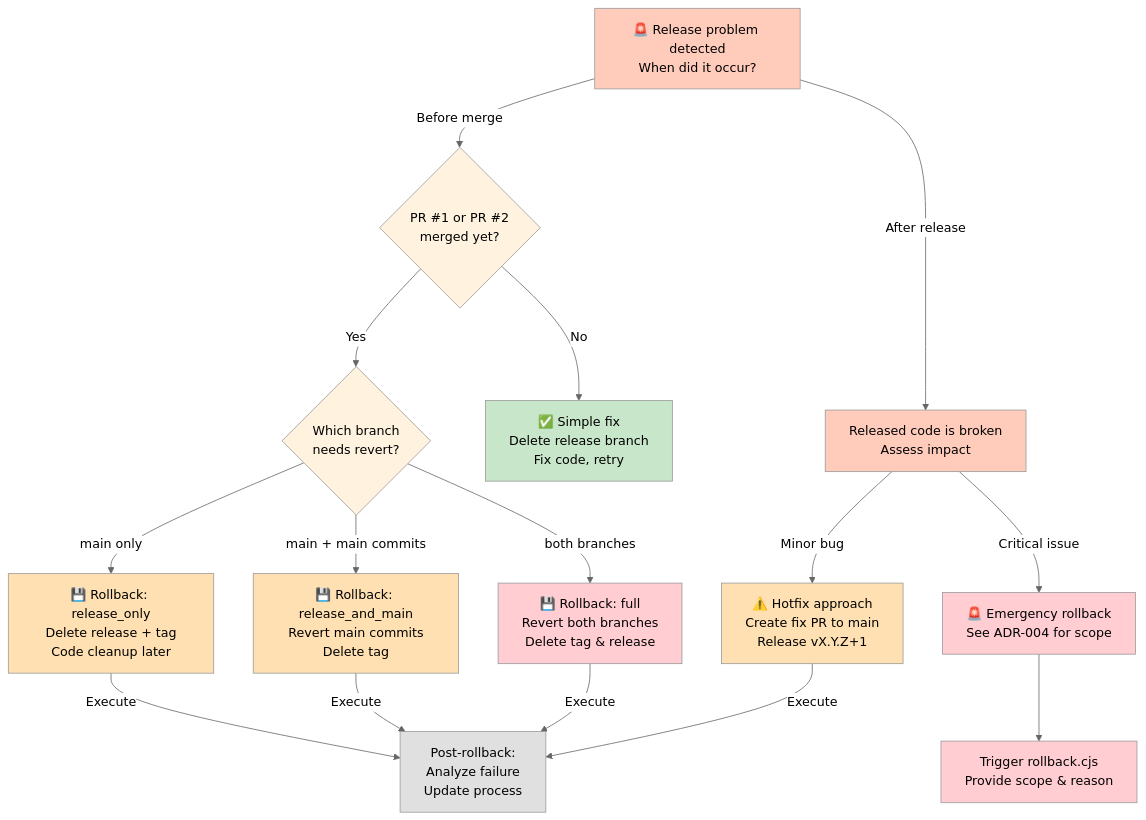
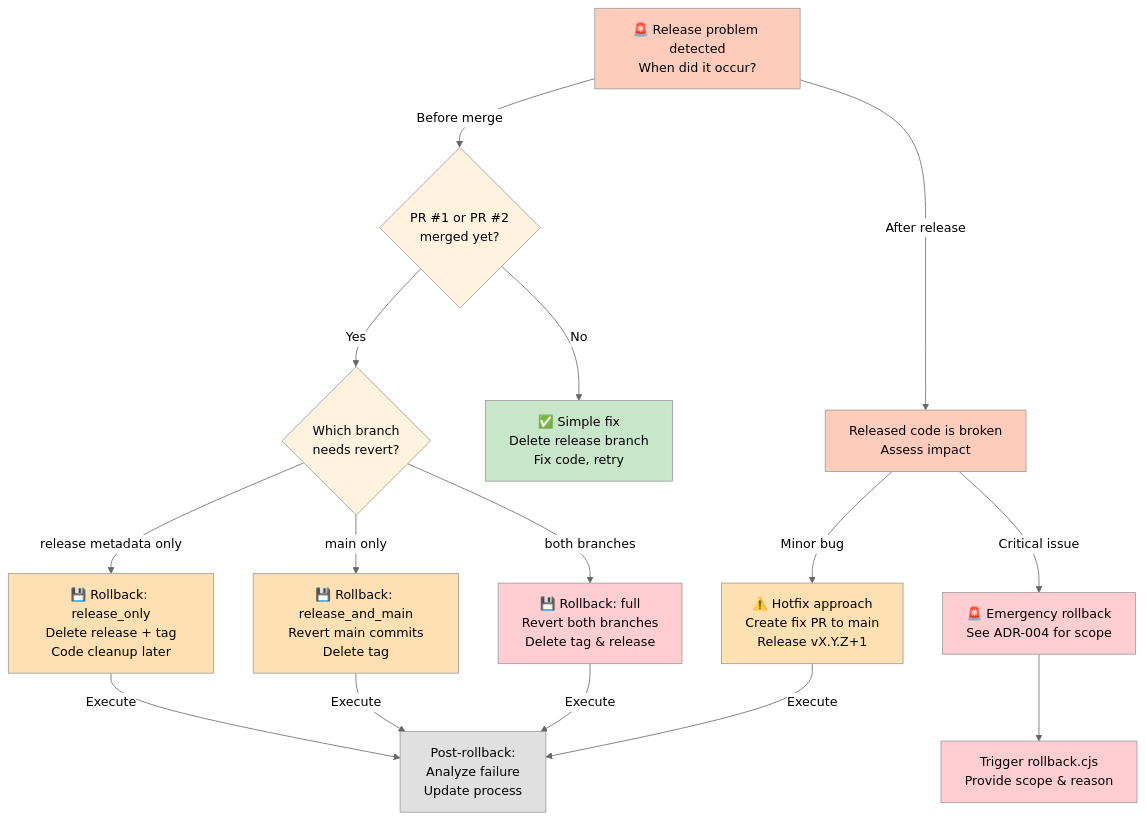
The fourth of 4 diagrams in docs/RELEASE_PROCESS.md (lightspeedwp/.github), drawn with Mermaid (neutral theme) before and after one commit. The commit also changed 4 other files, not shown here.

First line of the commit message:
fix: Address CodeRabbit review feedback — UK spelling, link paths, diagram labels

````diff
--- a/docs/RELEASE_PROCESS.md
+++ b/docs/RELEASE_PROCESS.md
@@ -357,30 +357,30 @@
 ```mermaid
 graph TD
     A["🚨 Release problem detected<br/>When did it occur?"] -->|Before merge| B{PR #1 or PR #2<br/>merged yet?}
     A -->|After release| C["Released code is broken<br/>Assess impact"]
     B -->|No| D["✅ Simple fix<br/>Delete release branch<br/>Fix code, retry"]
     B -->|Yes| E{Which branch<br/>needs revert?}
-    E -->|"main only"| F["💾 Rollback: release_only<br/>Delete release + tag<br/>Code cleanup later"]
-    E -->|"main + main commits"| G["💾 Rollback: release_and_main<br/>Revert main commits<br/>Delete tag"]
+    E -->|"release metadata only"| F["💾 Rollback: release_only<br/>Delete release + tag<br/>Code cleanup later"]
+    E -->|"main only"| G["💾 Rollback: release_and_main<br/>Revert main commits<br/>Delete tag"]
     E -->|"both branches"| H["💾 Rollback: full<br/>Revert both branches<br/>Delete tag & release"]
     C -->|"Minor bug"| I["⚠️ Hotfix approach<br/>Create fix PR to main<br/>Release vX.Y.Z+1"]
     C -->|"Critical issue"| J["🚨 Emergency rollback<br/>See ADR-004 for scope"]
     J --> K["Trigger rollback.cjs<br/>Provide scope & reason"]
     F -->|Execute| L["Post-rollback:<br/>Analyze failure<br/>Update process"]
     G -->|Execute| L
     H -->|Execute| L
     I -->|Execute| L
     
     style A fill:#ffccbc
     style B fill:#fff3e0
     style C fill:#ffccbc
     style D fill:#c8e6c9
     style E fill:#fff3e0
     style F fill:#ffe0b2
     style G fill:#ffe0b2
     style H fill:#ffcdd2
     style I fill:#ffe0b2
     style J fill:#ffcdd2
     style K fill:#ffcdd2
     style L fill:#e0e0e0
 ```
````
